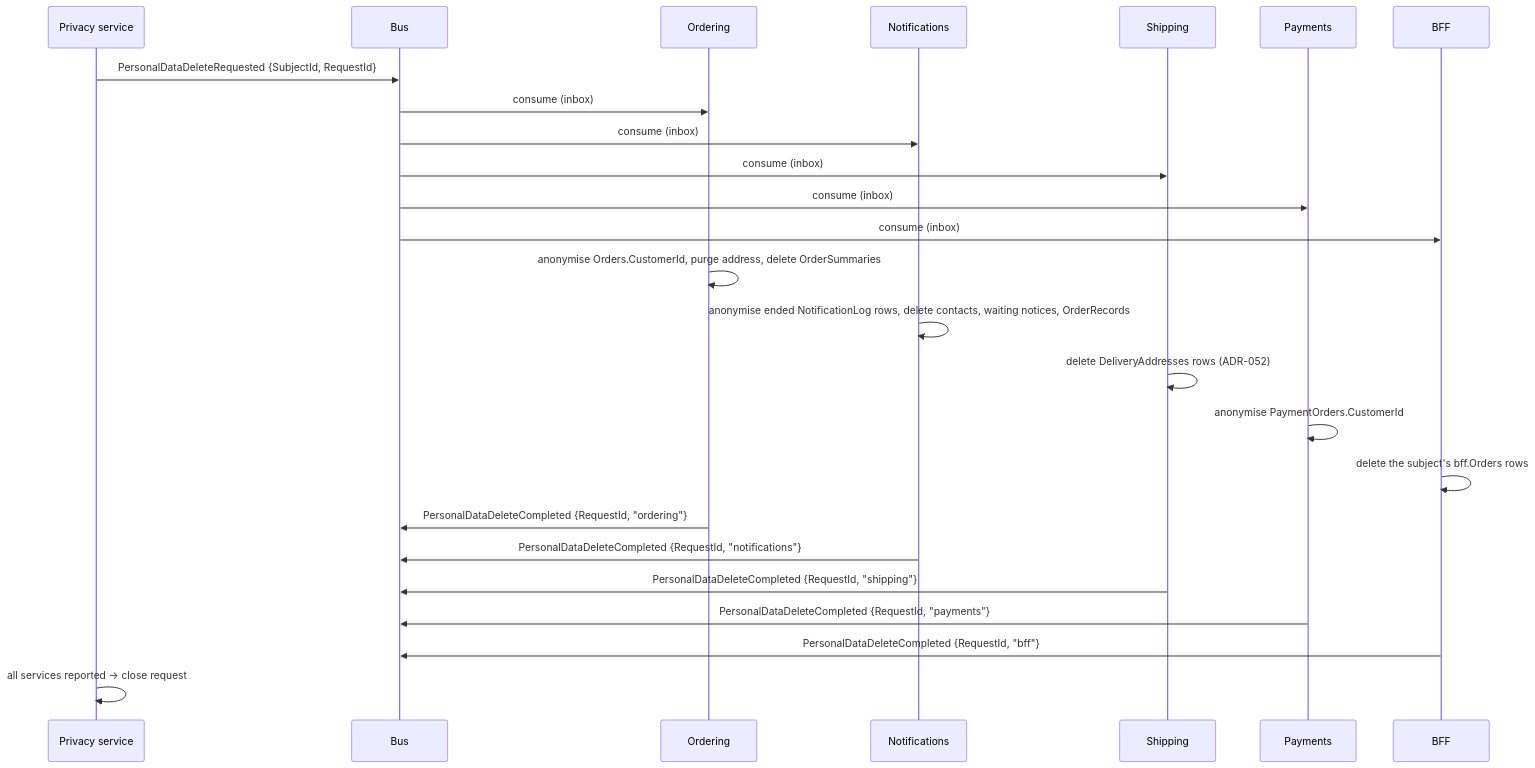
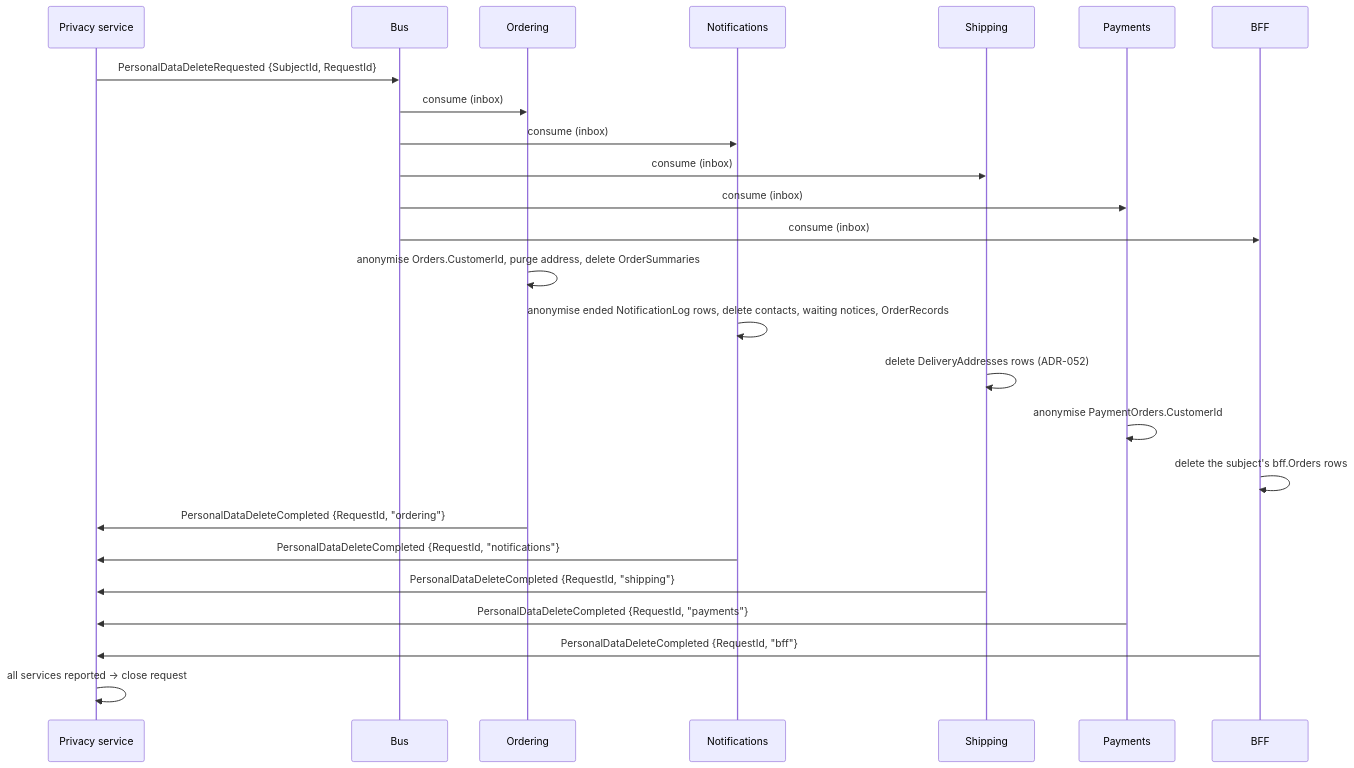
Before and after one commit to alexander-shamray/blueprint-backend: the second of 2 diagrams in docs/backend-architecture/11-identity-authorization.md, drawn with Mermaid. The commit also changed other lines of this file and 3 other files, not shown here.

````diff
--- a/docs/backend-architecture/11-identity-authorization.md
+++ b/docs/backend-architecture/11-identity-authorization.md
@@ -1422,28 +1422,28 @@
 ```mermaid
 sequenceDiagram
     participant P as Privacy service
     participant B as Bus
     participant O as Ordering
     participant N as Notifications
     participant S as Shipping
     participant Y as Payments
     participant F as BFF
 
     P->>B: PersonalDataDeleteRequested {SubjectId, RequestId}
     B->>O: consume (inbox)
     B->>N: consume (inbox)
     B->>S: consume (inbox)
     B->>Y: consume (inbox)
     B->>F: consume (inbox)
     O->>O: anonymise Orders.CustomerId, purge address, delete OrderSummaries
     N->>N: anonymise ended NotificationLog rows, delete contacts, waiting notices, OrderRecords
     S->>S: delete DeliveryAddresses rows (ADR-052)
     Y->>Y: anonymise PaymentOrders.CustomerId
     F->>F: delete the subject's bff.Orders rows
-    O->>B: PersonalDataDeleteCompleted {RequestId, "ordering"}
-    N->>B: PersonalDataDeleteCompleted {RequestId, "notifications"}
-    S->>B: PersonalDataDeleteCompleted {RequestId, "shipping"}
-    Y->>B: PersonalDataDeleteCompleted {RequestId, "payments"}
-    F->>B: PersonalDataDeleteCompleted {RequestId, "bff"}
+    O->>P: PersonalDataDeleteCompleted {RequestId, "ordering"}
+    N->>P: PersonalDataDeleteCompleted {RequestId, "notifications"}
+    S->>P: PersonalDataDeleteCompleted {RequestId, "shipping"}
+    Y->>P: PersonalDataDeleteCompleted {RequestId, "payments"}
+    F->>P: PersonalDataDeleteCompleted {RequestId, "bff"}
     P->>P: all services reported → close request
 ```
````
